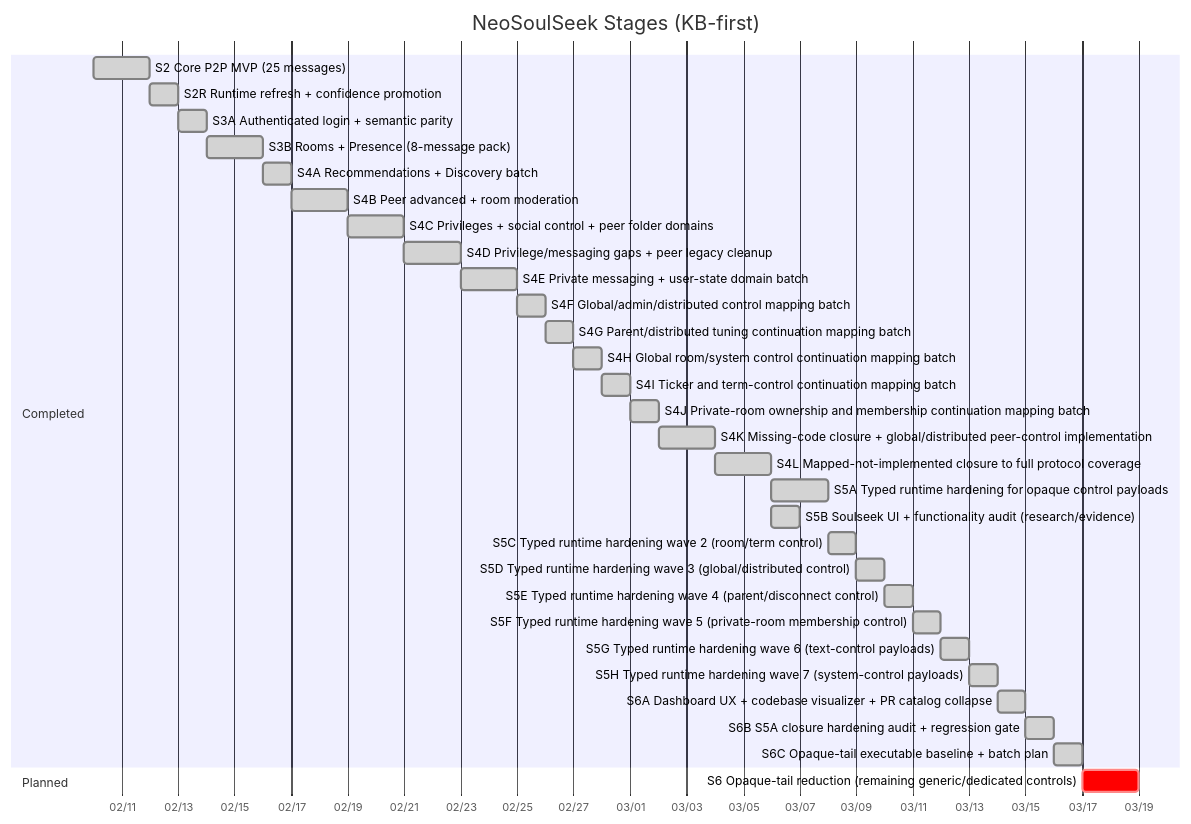
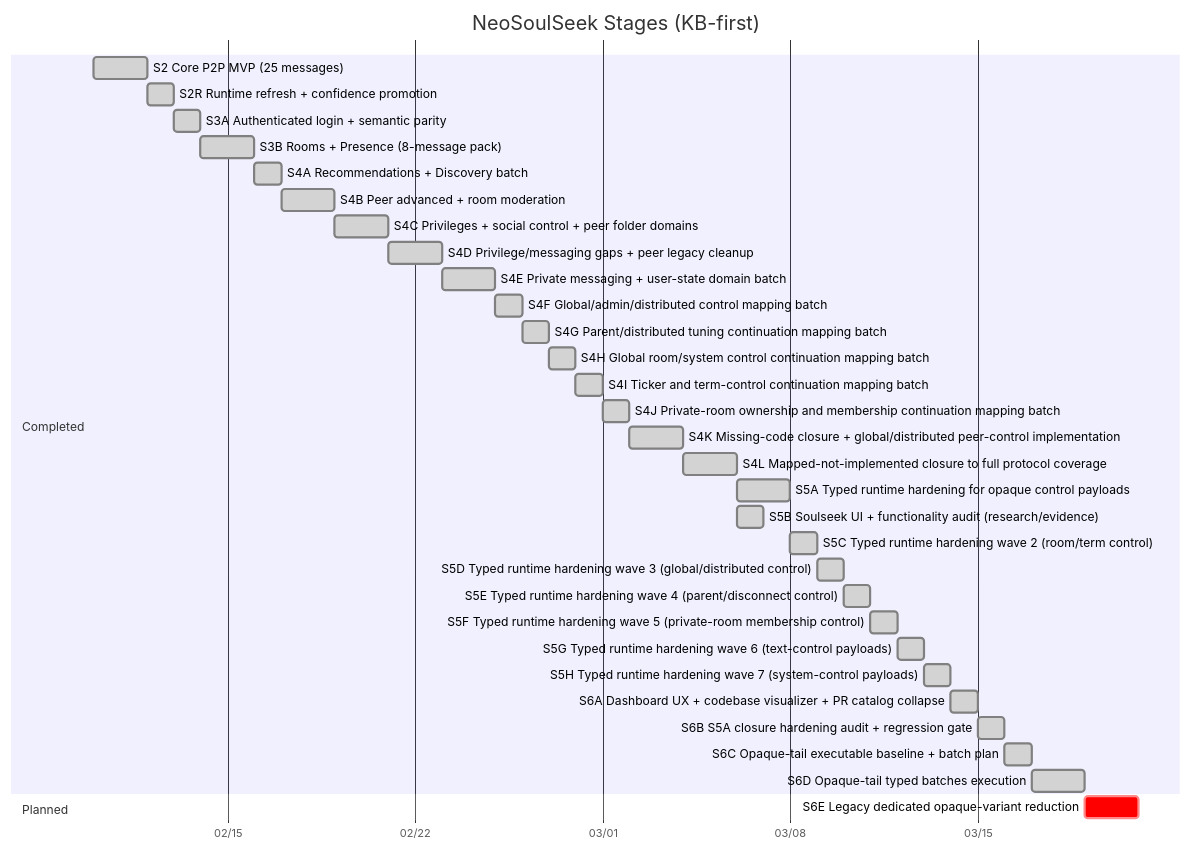
Before and after one commit to fedejinich/nss: the first of 5 diagrams in docs/state/roadmap.md, drawn with Mermaid. The commit also changed other lines of this file and 43 other files, not shown here.

Commit message:
feat(s6d): complete typed opaque-tail batches and close S6 baseline

````diff
--- a/docs/state/roadmap.md
+++ b/docs/state/roadmap.md
@@ -17,36 +17,37 @@
 ```mermaid
 gantt
     title NeoSoulSeek Stages (KB-first)
     dateFormat  YYYY-MM-DD
     axisFormat  %m/%d
     section Completed
     S2 Core P2P MVP (25 messages) :done, s2, 2026-02-10, 2d
     S2R Runtime refresh + confidence promotion :done, s2r, after s2, 1d
     S3A Authenticated login + semantic parity :done, s3a, after s2r, 1d
     S3B Rooms + Presence (8-message pack) :done, s3b, 2026-02-14, 2d
     S4A Recommendations + Discovery batch :done, s4a, after s3b, 1d
     S4B Peer advanced + room moderation :done, s4b, after s4a, 2d
     S4C Privileges + social control + peer folder domains :done, s4c, after s4b, 2d
     S4D Privilege/messaging gaps + peer legacy cleanup :done, s4d, after s4c, 2d
     S4E Private messaging + user-state domain batch :done, s4e, after s4d, 2d
     S4F Global/admin/distributed control mapping batch :done, s4f, after s4e, 1d
     S4G Parent/distributed tuning continuation mapping batch :done, s4g, after s4f, 1d
     S4H Global room/system control continuation mapping batch :done, s4h, after s4g, 1d
     S4I Ticker and term-control continuation mapping batch :done, s4i, after s4h, 1d
     S4J Private-room ownership and membership continuation mapping batch :done, s4j, after s4i, 1d
     S4K Missing-code closure + global/distributed peer-control implementation :done, s4k, after s4j, 2d
     S4L Mapped-not-implemented closure to full protocol coverage :done, s4l, after s4k, 2d
     S5A Typed runtime hardening for opaque control payloads :done, s5a, after s4l, 2d
     S5B Soulseek UI + functionality audit (research/evidence) :done, s5b, after s4l, 1d
     S5C Typed runtime hardening wave 2 (room/term control) :done, s5c, after s5a, 1d
     S5D Typed runtime hardening wave 3 (global/distributed control) :done, s5d, after s5c, 1d
     S5E Typed runtime hardening wave 4 (parent/disconnect control) :done, s5e, after s5d, 1d
     S5F Typed runtime hardening wave 5 (private-room membership control) :done, s5f, after s5e, 1d
     S5G Typed runtime hardening wave 6 (text-control payloads) :done, s5g, after s5f, 1d
     S5H Typed runtime hardening wave 7 (system-control payloads) :done, s5h, after s5g, 1d
     S6A Dashboard UX + codebase visualizer + PR catalog collapse :done, s6a, after s5h, 1d
     S6B S5A closure hardening audit + regression gate :done, s6b, after s6a, 1d
     S6C Opaque-tail executable baseline + batch plan :done, s6c, after s6b, 1d
+    S6D Opaque-tail typed batches execution :done, s6d, after s6c, 2d
     section Planned
-    S6 Opaque-tail reduction (remaining generic/dedicated controls) :crit, s6, after s6c, 2d
+    S6E Legacy dedicated opaque-variant reduction :crit, s6e, after s6d, 2d
 ```
````
